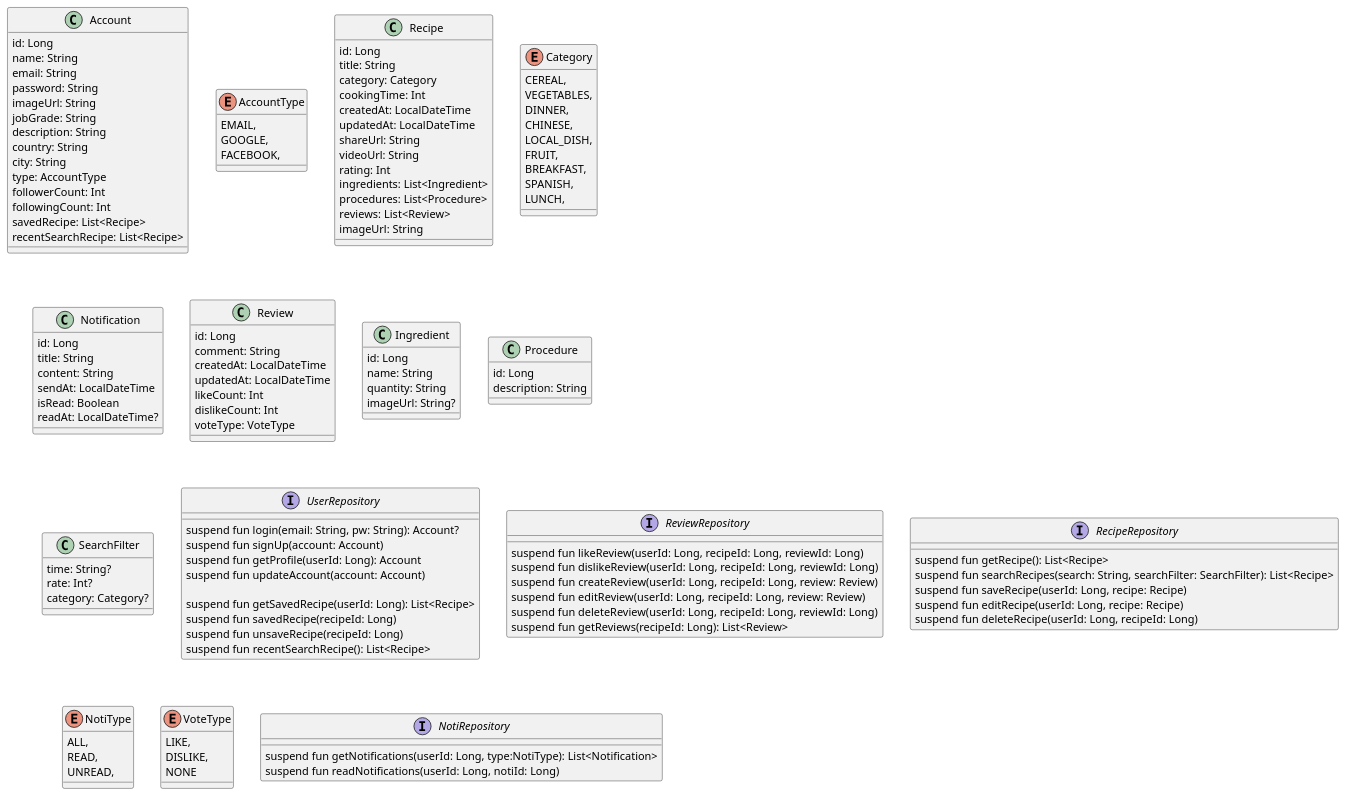
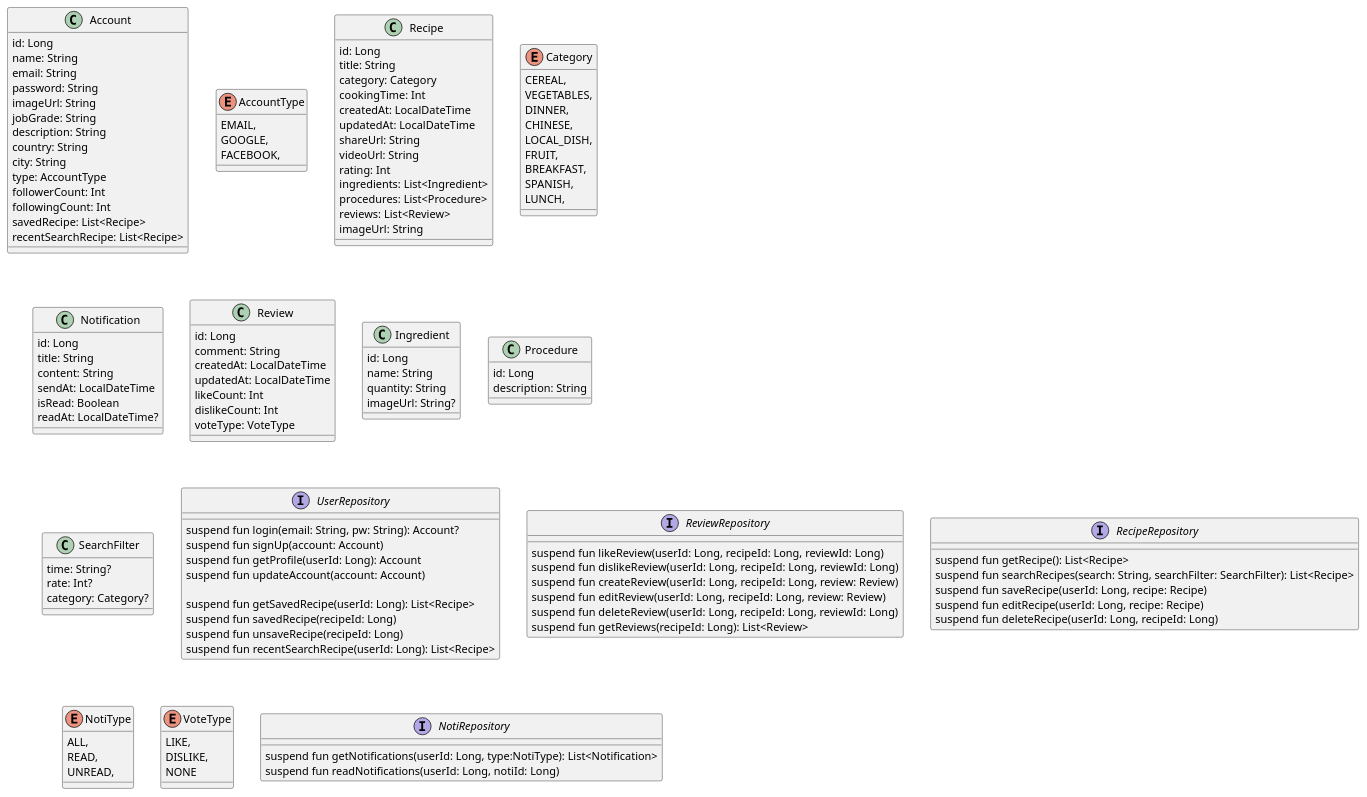
One commit to SurvivalCodingCampus/gangnam2_kotlin_study changed the diagram in src/main/kotlin/_251127_team_design/FoodApp.puml. Above: the diagram before and after it, drawn with PlantUML.

Commit message:
fix: 누락된 인자 추가

```diff
--- a/src/main/kotlin/_251127_team_design/FoodApp.puml
+++ b/src/main/kotlin/_251127_team_design/FoodApp.puml
@@ -1,137 +1,137 @@
 @startuml
 
 class Account {
     id: Long
     name: String
     email: String
     password: String
     imageUrl: String
     jobGrade: String
     description: String
     country: String
     city: String
     type: AccountType
     followerCount: Int
     followingCount: Int
     savedRecipe: List<Recipe>
     recentSearchRecipe: List<Recipe>
 }
 
 enum AccountType {
     EMAIL,
     GOOGLE,
     FACEBOOK,
 }
 
 class Recipe {
     id: Long
     title: String
     category: Category
     cookingTime: Int
     createdAt: LocalDateTime
     updatedAt: LocalDateTime
     shareUrl: String
     videoUrl: String
     rating: Int
     ingredients: List<Ingredient>
     procedures: List<Procedure>
     reviews: List<Review>
     imageUrl: String
 }
 
 enum Category {
     CEREAL,
     VEGETABLES,
     DINNER,
     CHINESE,
     LOCAL_DISH,
     FRUIT,
     BREAKFAST,
     SPANISH,
     LUNCH,
 }
 
 
 class Notification {
     id: Long
     title: String
     content: String
     sendAt: LocalDateTime
     isRead: Boolean
     readAt: LocalDateTime?
     '읽지 않으면 시간이 없으므로 nullabletype으로 변경
 }
 
 class Review {
     id: Long
     comment: String
     createdAt: LocalDateTime
     updatedAt: LocalDateTime
     likeCount: Int
     dislikeCount: Int
     voteType: VoteType
 
 }
 class Ingredient {
     id: Long
     name: String
     quantity: String
     imageUrl: String?
 
 }
 
 class Procedure {
     id: Long
     description: String
 }
 
 class SearchFilter {
     time: String?
     rate: Int?
     category: Category?
 }
 
 interface UserRepository {
     suspend fun login(email: String, pw: String): Account?
     suspend fun signUp(account: Account)
     suspend fun getProfile(userId: Long): Account
     suspend fun updateAccount(account: Account)
 
     suspend fun getSavedRecipe(userId: Long): List<Recipe>
     suspend fun savedRecipe(recipeId: Long)
     suspend fun unsaveRecipe(recipeId: Long)
-    suspend fun recentSearchRecipe(): List<Recipe>
+    suspend fun recentSearchRecipe(userId: Long): List<Recipe>
 }
 
 interface ReviewRepository {
     suspend fun likeReview(userId: Long, recipeId: Long, reviewId: Long)
     suspend fun dislikeReview(userId: Long, recipeId: Long, reviewId: Long)
     suspend fun createReview(userId: Long, recipeId: Long, review: Review)
     suspend fun editReview(userId: Long, recipeId: Long, review: Review)
     suspend fun deleteReview(userId: Long, recipeId: Long, reviewId: Long)
     suspend fun getReviews(recipeId: Long): List<Review>
 }
 
 interface RecipeRepository {
     suspend fun getRecipe(): List<Recipe>
     suspend fun searchRecipes(search: String, searchFilter: SearchFilter): List<Recipe>
     suspend fun saveRecipe(userId: Long, recipe: Recipe)
     suspend fun editRecipe(userId: Long, recipe: Recipe)
     suspend fun deleteRecipe(userId: Long, recipeId: Long)
 }
 
 enum NotiType {
     ALL,
     READ,
     UNREAD,
 }
 enum VoteType {
     LIKE,
     DISLIKE,
     NONE
 }
 interface NotiRepository {
     suspend fun getNotifications(userId: Long, type:NotiType): List<Notification>
     suspend fun readNotifications(userId: Long, notiId: Long)
 }
 @enduml
```
